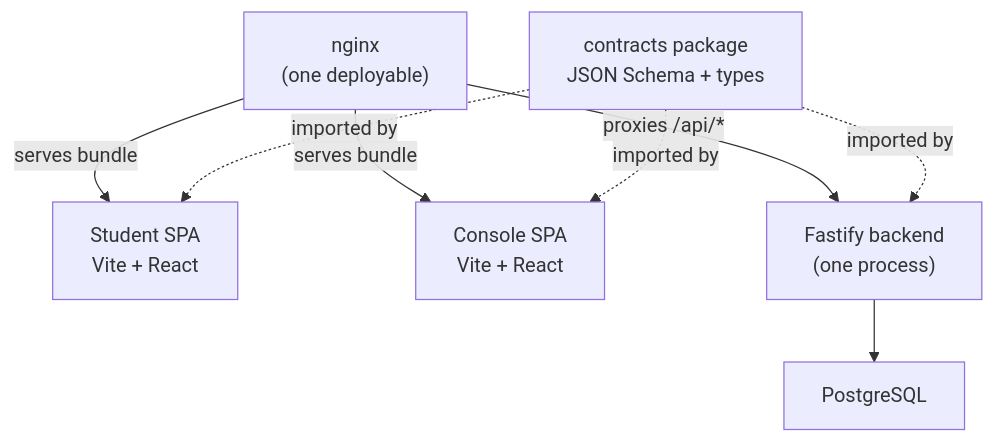
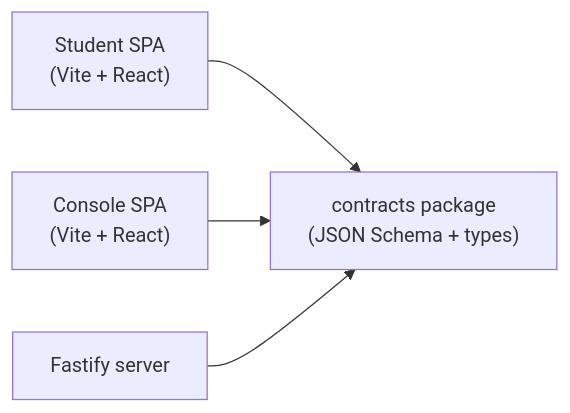
The second of 3 diagrams in src/content/docs/architecture/core-arch.md (stemolly/wiki), drawn with Mermaid before and after one commit. The commit also changed other lines of this file and 35 other files, not shown here.

````diff
--- a/src/content/docs/architecture/core-arch.md
+++ b/src/content/docs/architecture/core-arch.md
@@ -28,17 +69,10 @@
 ```mermaid
-graph TD
-    nginx["nginx<br/>(one deployable)"]
-    student["Student SPA<br/>Vite + React"]
-    console["Console SPA<br/>Vite + React"]
-    api["Fastify backend<br/>(one process)"]
-    pg["PostgreSQL"]
-    contracts["contracts package<br/>JSON Schema + types"]
-
-    nginx -->|"serves bundle"| student
-    nginx -->|"serves bundle"| console
-    nginx -->|"proxies /api/*"| api
-    api --> pg
-    contracts -.->|"imported by"| student
-    contracts -.->|"imported by"| console
-    contracts -.->|"imported by"| api
+graph LR
+    student["Student SPA<br/>(Vite + React)"]
+    console_app["Console SPA<br/>(Vite + React)"]
+    contracts["contracts package<br/>(JSON Schema + types)"]
+    server_node["Fastify server"]
+    student --> contracts
+    console_app --> contracts
+    server_node --> contracts
 ```
````
